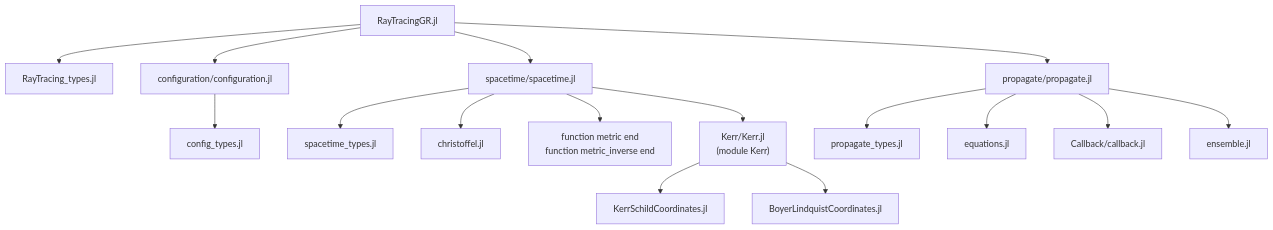
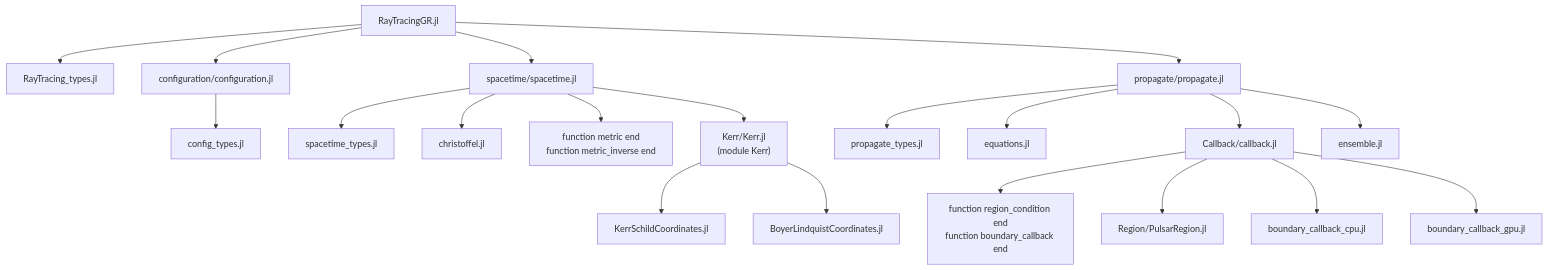
One commit to mabrudsky/RayTracingGR.jl changed the first of 2 diagrams in README.md. Above: the diagram before and after it, drawn with Mermaid. The commit also changed other lines of this file and 6 other files, not shown here.

First line of the commit message:
Reordenar src/propagate/Callback/ según el patrón de spacetime/: región y backends CPU/GPU en archivos separados.

````diff
--- a/README.md
+++ b/README.md
@@ -199,18 +203,22 @@
 ```mermaid
 flowchart TD
     A[RayTracingGR.jl] --> B[RayTracing_types.jl]
     A --> C[configuration/configuration.jl]
     C --> C1[config_types.jl]
     A --> D[spacetime/spacetime.jl]
     D --> D1[spacetime_types.jl]
     D --> D2[christoffel.jl]
     D --> D3["function metric end<br/>function metric_inverse end"]
     D --> K["Kerr/Kerr.jl<br/>(module Kerr)"]
     K --> K1[KerrSchildCoordinates.jl]
     K --> K2[BoyerLindquistCoordinates.jl]
     A --> E[propagate/propagate.jl]
     E --> E1[propagate_types.jl]
     E --> E2[equations.jl]
     E --> E3[Callback/callback.jl]
+    E3 --> E31["function region_condition end<br/>function boundary_callback end"]
+    E3 --> E32[Region/PulsarRegion.jl]
+    E3 --> E33[boundary_callback_cpu.jl]
+    E3 --> E34[boundary_callback_gpu.jl]
     E --> E4[ensemble.jl]
 ```
````
